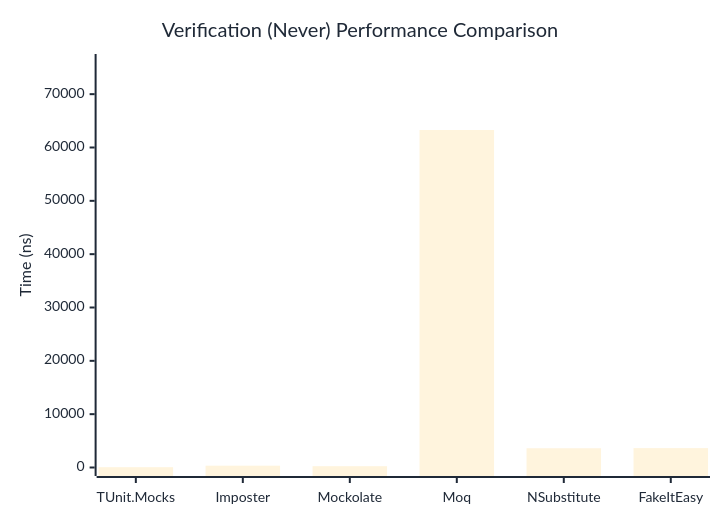
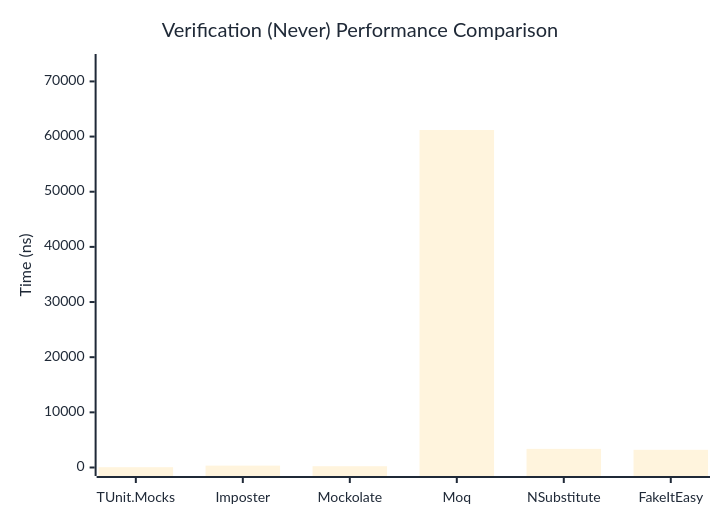
One commit to thomhurst/TUnit changed the second of 3 diagrams in docs/docs/benchmarks/mocks/Verification.md. Above: the diagram before and after it, drawn with Mermaid. The commit also changed other lines of this file and 14 other files, not shown here.

````diff
--- a/docs/docs/benchmarks/mocks/Verification.md
+++ b/docs/docs/benchmarks/mocks/Verification.md
@@ -69,27 +69,27 @@
 ```mermaid
 %%{init: {
   'theme':'base',
   'themeVariables': {
     'primaryColor': '#2563eb',
     'primaryTextColor': '#1f2937',
     'primaryBorderColor': '#1e40af',
     'lineColor': '#6b7280',
     'secondaryColor': '#7c3aed',
     'tertiaryColor': '#dc2626',
     'background': '#ffffff',
     'pie1': '#2563eb',
     'pie2': '#7c3aed',
     'pie3': '#dc2626',
     'pie4': '#f59e0b',
     'pie5': '#10b981',
     'pie6': '#06b6d4',
     'pie7': '#ec4899',
     'pie8': '#6366f1'
   }
 }}%%
 xychart-beta
   title "Verification (Never) Performance Comparison"
   x-axis ["TUnit.Mocks", "Imposter", "Mockolate", "Moq", "NSubstitute", "FakeItEasy"]
-  y-axis "Time (ns)" 0 --> 75937
-  bar [60.57, 339.67, 244.38, 63280.47, 3612.39, 3636.87]
+  y-axis "Time (ns)" 0 --> 73429
+  bar [57.04, 340.46, 231.26, 61190.83, 3374.38, 3206.49]
 ```
````
